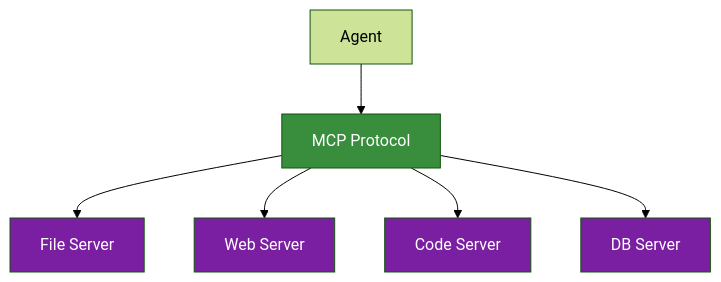
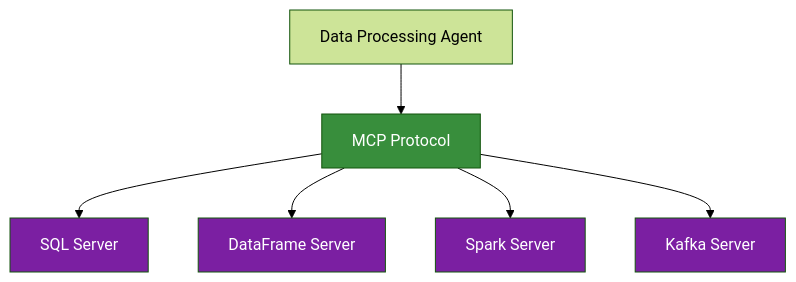
The sixth of 15 diagrams in docs-content/01_frameworks/Session1_ModuleD_Coding_Assistant_Case_Study.md (fwornle/agentic-ai-nano), drawn with Mermaid (forest theme) before and after one commit. The commit also changed other lines of this file and 18 other files, not shown here.

````diff
--- a/docs-content/01_frameworks/Session1_ModuleD_Coding_Assistant_Case_Study.md
+++ b/docs-content/01_frameworks/Session1_ModuleD_Coding_Assistant_Case_Study.md
@@ -364,15 +372,15 @@
 ```mermaid
 graph TD
-    A[Agent] --> MCP[MCP Protocol]
+    A[Data Processing Agent] --> MCP[MCP Protocol]
     
-    MCP --> T1[File Server]
-    MCP --> T2[Web Server]
-    MCP --> T3[Code Server] 
-    MCP --> T4[DB Server]
+    MCP --> T1[SQL Server]
+    MCP --> T2[DataFrame Server]
+    MCP --> T3[Spark Server] 
+    MCP --> T4[Kafka Server]
     
     style MCP fill:#388E3C,color:#ffffff
     style T1 fill:#7B1FA2,color:#ffffff
     style T2 fill:#7B1FA2,color:#ffffff
     style T3 fill:#7B1FA2,color:#ffffff
     style T4 fill:#7B1FA2,color:#ffffff
 ```
````
